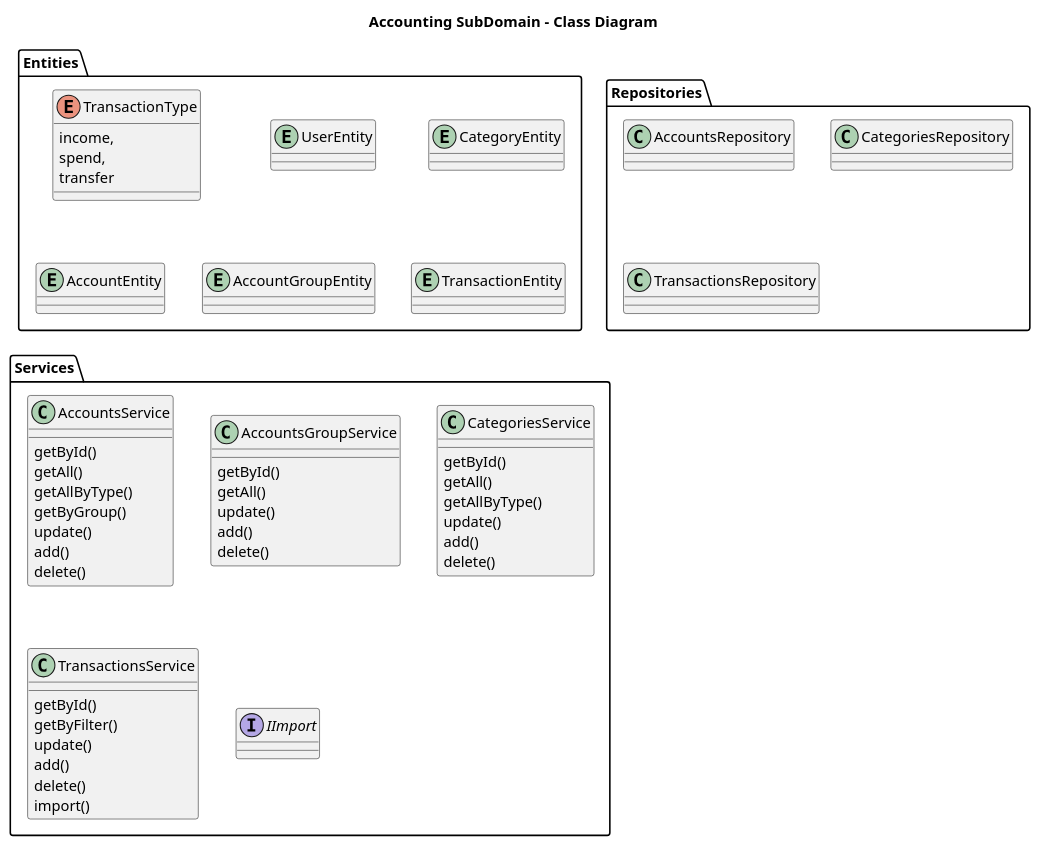
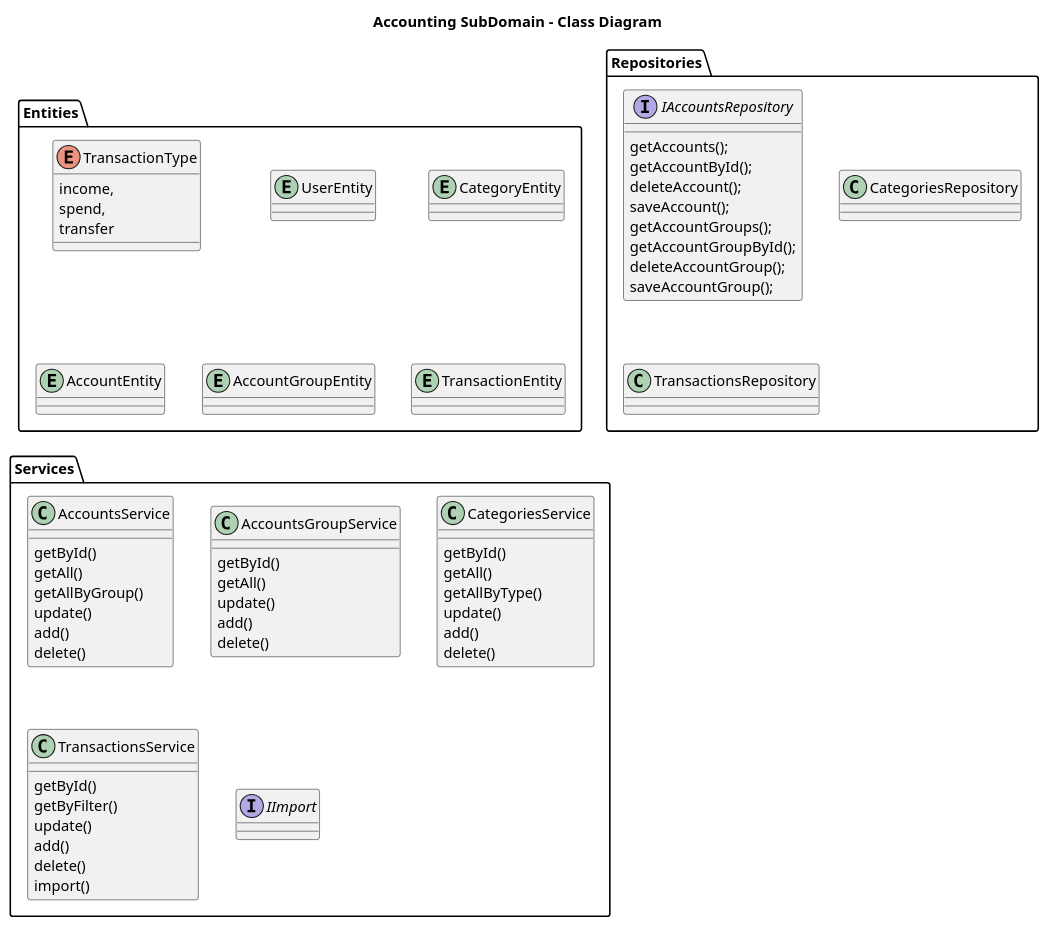
The diagram in docs/diagrams/src/accounting.puml (tokarev-yuriy/moneyKeeper), drawn with PlantUML before and after one commit. The commit also changed 3 other files, not shown here.

Commit message:
Add acoountRepository interface

```diff
--- a/docs/diagrams/src/accounting.puml
+++ b/docs/diagrams/src/accounting.puml
@@ -1,64 +1,72 @@
 @startuml
 
 title Accounting SubDomain - Class Diagram
 
 folder Entities {
   enum TransactionType {
     income,
     spend,
     transfer
   }
   entity UserEntity
   entity CategoryEntity
   entity AccountEntity
   entity AccountGroupEntity
   entity TransactionEntity
 }
 
 folder Repositories {
-  class AccountsRepository
+  interface IAccountsRepository {
+    getAccounts();
+    getAccountById();
+    deleteAccount();
+    saveAccount();
+    getAccountGroups();
+    getAccountGroupById();
+    deleteAccountGroup();
+    saveAccountGroup();
+  }
   class CategoriesRepository
   class TransactionsRepository
 }
 
 folder Services {
   class AccountsService {
     getById()
     getAll()
-    getAllByType()
-    getByGroup()
+    getAllByGroup()
     update()
     add()
     delete()
   }
 
   class AccountsGroupService {
     getById()
     getAll()
     update()
     add()
     delete()
   }
 
   class CategoriesService {
     getById()
     getAll()
     getAllByType()
     update()
     add()
     delete()
   }
 
   class TransactionsService {
     getById()
     getByFilter()
     update()
     add()
     delete()
     import()
   }
 
   interface IImport
 }
 
 @enduml
```
